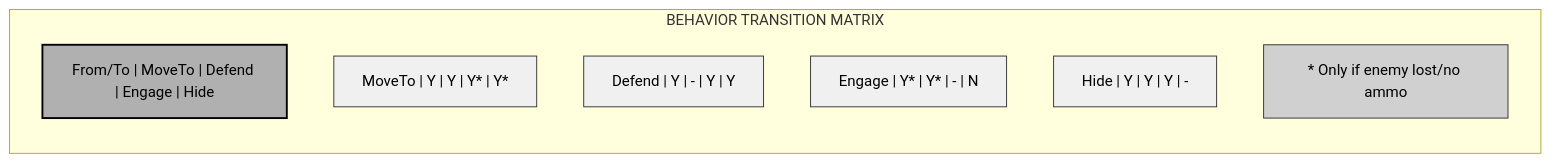
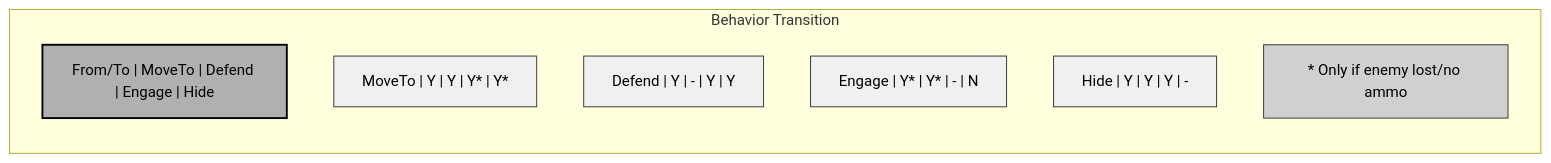
Before and after one commit to jukofyork/close-combat-architecture-study: the second of 5 diagrams in chapter_06_orders_ai.md, drawn with Mermaid. The commit also changed other lines of this file and 5 other files, not shown here.

````diff
--- a/chapter_06_orders_ai.md
+++ b/chapter_06_orders_ai.md
@@ -229,24 +230,24 @@
 ```mermaid
 flowchart LR
-    subgraph Matrix["BEHAVIOR TRANSITION MATRIX"]
+    subgraph Matrix["Behavior Transition"]
         direction TB
         
         header["From/To | MoveTo | Defend | Engage | Hide"]
         
         row1["MoveTo | Y | Y | Y* | Y*"]
         row2["Defend | Y | - | Y | Y"]
         row3["Engage | Y* | Y* | - | N"]
         row4["Hide | Y | Y | Y | -"]
         
         note["* Only if enemy lost/no ammo"]
     end
     
     classDef default fill:#fff,stroke:#000,stroke-width:1px,color:#000
     classDef light fill:#f0f0f0,stroke:#333,stroke-width:1px,color:#000
     classDef medium fill:#d0d0d0,stroke:#333,stroke-width:1px,color:#000
     classDef dark fill:#b0b0b0,stroke:#000,stroke-width:2px,color:#000
     
     class header dark
     class row1,row2,row3,row4 light
     class note medium
 ```
````
